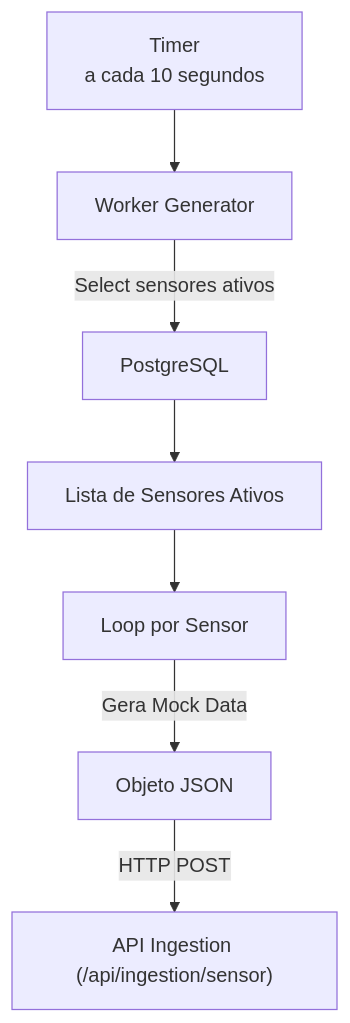
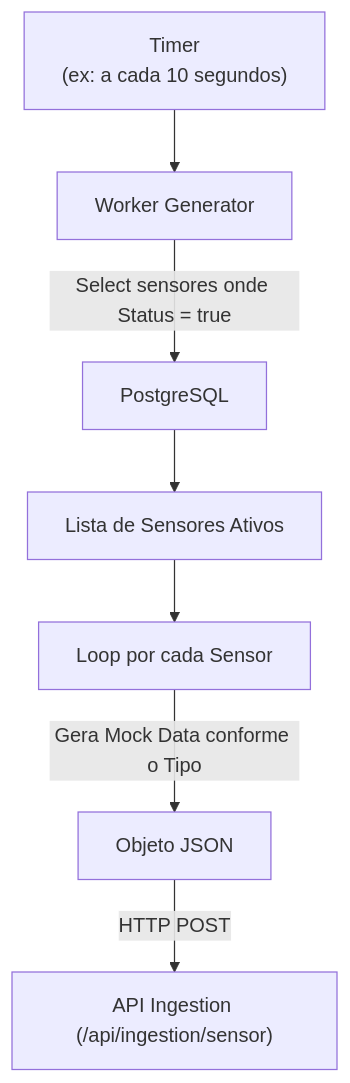
The second of 2 diagrams in README.md (humbertoluis22/agrosolutions-worker-sensors), drawn with Mermaid before and after one commit. The commit also changed other lines of this file, not shown here.

````diff
--- a/README.md
+++ b/README.md
@@ -60,9 +65,10 @@
 ```mermaid
 graph TD
-    A["Timer<br/>a cada 10 segundos"] --> B["Worker Generator"]
-    B -->|"Select sensores ativos"| C["PostgreSQL"]
+    A["Timer<br/>(ex: a cada 10 segundos)"] --> B["Worker Generator"]
+    B -->|"Select sensores onde Status = true"| C["PostgreSQL"]
     C --> D["Lista de Sensores Ativos"]
-    D --> E["Loop por Sensor"]
-    E -->|"Gera Mock Data"| F["Objeto JSON"]
+    D --> E["Loop por cada Sensor"]
+    E -->|"Gera Mock Data conforme o Tipo"| F["Objeto JSON"]
     F -->|"HTTP POST"| G["API Ingestion (/api/ingestion/sensor)"]
+
 ```
````
